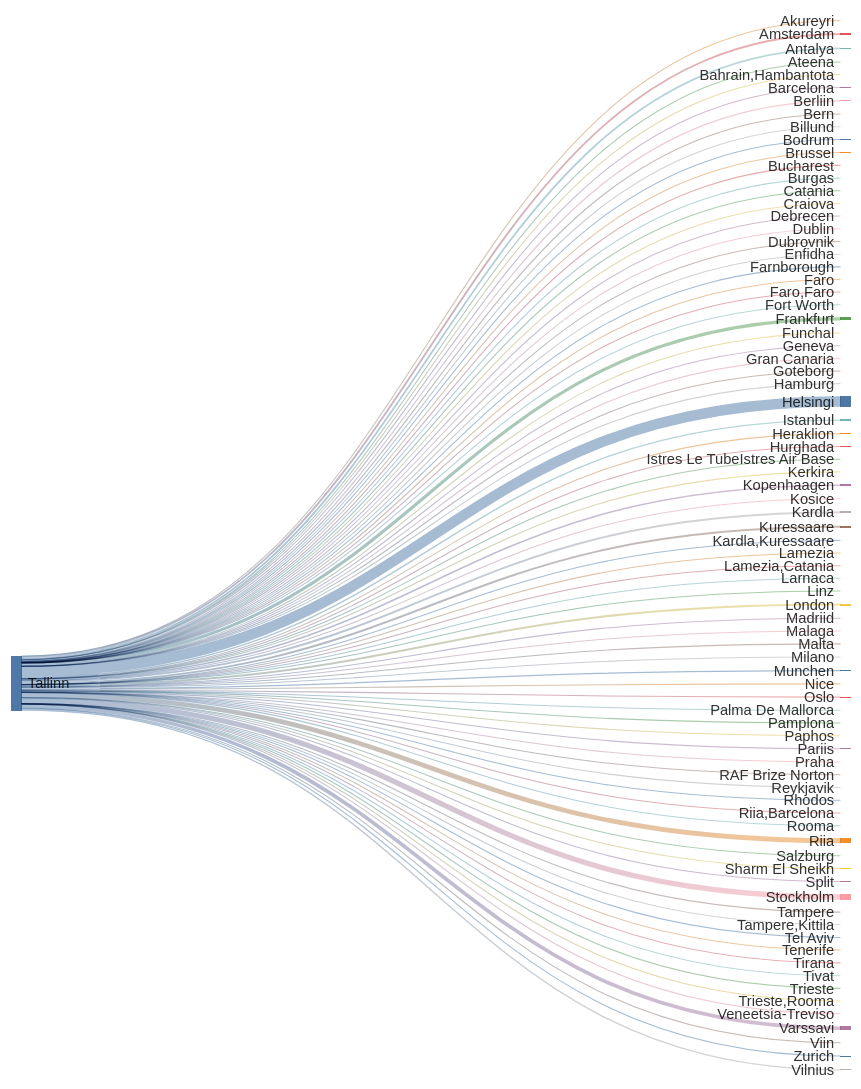
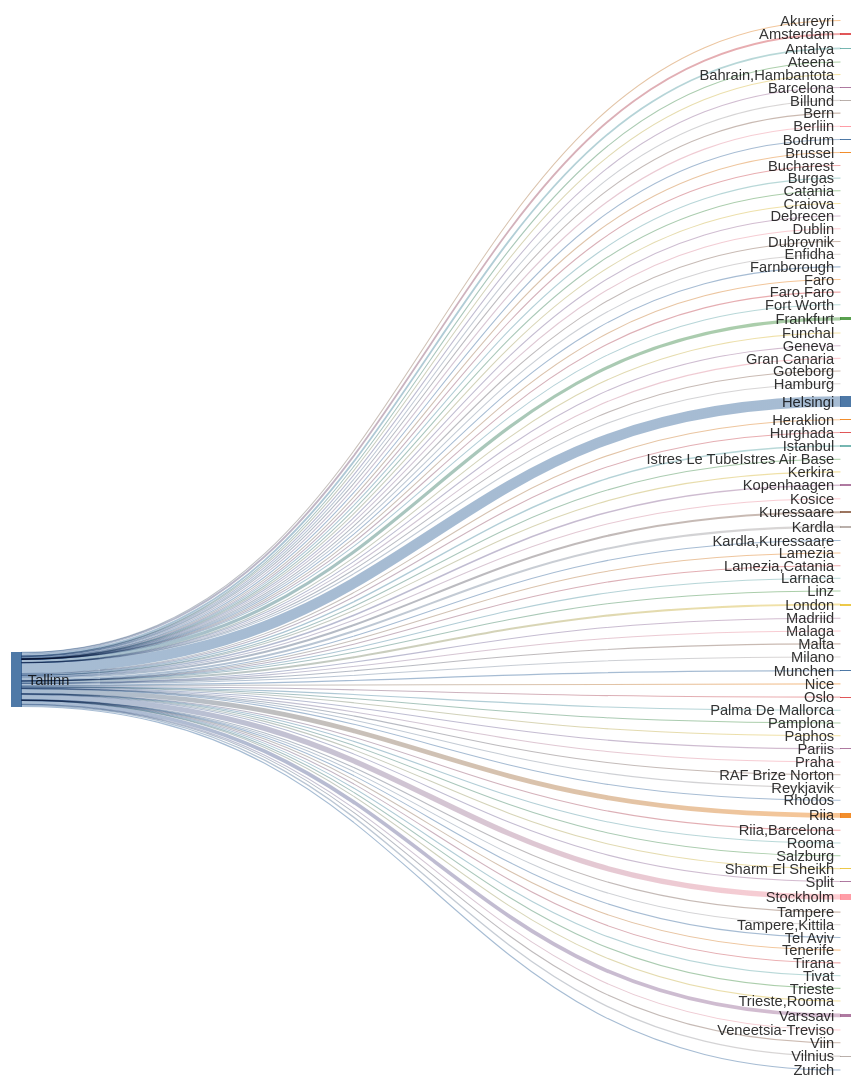
Before and after one commit to rainermesi/tll-airport-departures: the second of 2 diagrams in README.md, drawn with Mermaid. The commit also changed other lines of this file and 1 other file, not shown here.

````diff
--- a/README.md
+++ b/README.md
@@ -42,16 +42,16 @@
 sankey-beta
 %% source,target,value
 Tallinn,Akureyri,1
-Tallinn,Amsterdam,597
-Tallinn,Antalya,582
+Tallinn,Amsterdam,599
+Tallinn,Antalya,585
 Tallinn,Ateena,16
 Tallinn,"Bahrain,Hambantota",1
-Tallinn,Barcelona,167
+Tallinn,Barcelona,169
 Tallinn,Berliin,372
 Tallinn,Bern,1
 Tallinn,Billund,87
-Tallinn,Bodrum,15
-Tallinn,Brussel,229
+Tallinn,Bodrum,16
+Tallinn,Brussel,230
 Tallinn,Bucharest,1
 Tallinn,Burgas,67
 Tallinn,Catania,2
@@ -64,30 +64,30 @@
 Tallinn,Faro,4
 Tallinn,"Faro,Faro",1
 Tallinn,Fort Worth,1
-Tallinn,Frankfurt,1036
+Tallinn,Frankfurt,1039
 Tallinn,Funchal,10
 Tallinn,Geneva,13
 Tallinn,Gran Canaria,38
 Tallinn,Goteborg,2
 Tallinn,Hamburg,2
-Tallinn,Helsingi,3475
-Tallinn,Heraklion,141
+Tallinn,Helsingi,3484
+Tallinn,Heraklion,142
 Tallinn,Hurghada,79
-Tallinn,Istanbul,451
+Tallinn,Istanbul,452
 Tallinn,Istres Le TubeIstres Air Base,2
 Tallinn,Kerkira,4
-Tallinn,Kopenhaagen,513
+Tallinn,Kopenhaagen,515
 Tallinn,Kosice,1
-Tallinn,Kuressaare,658
-Tallinn,Kardla,660
+Tallinn,Kuressaare,660
+Tallinn,Kardla,662
 Tallinn,"Kardla,Kuressaare",1
 Tallinn,Lamezia,6
 Tallinn,"Lamezia,Catania",3
 Tallinn,Larnaca,9
 Tallinn,Linz,2
-Tallinn,London,671
+Tallinn,London,673
 Tallinn,Madriid,5
-Tallinn,Malaga,143
+Tallinn,Malaga,144
 Tallinn,Malta,37
 Tallinn,Milano,288
 Tallinn,Munchen,376
@@ -101,13 +101,13 @@
 Tallinn,RAF Brize Norton,1
 Tallinn,Reykjavik,20
 Tallinn,Rhodos,76
-Tallinn,Riia,1582
+Tallinn,Riia,1586
 Tallinn,"Riia,Barcelona",1
 Tallinn,Rooma,80
 Tallinn,Salzburg,14
-Tallinn,Sharm El Sheikh,124
+Tallinn,Sharm El Sheikh,125
 Tallinn,Split,69
-Tallinn,Stockholm,1744
+Tallinn,Stockholm,1750
 Tallinn,Tampere,17
 Tallinn,"Tampere,Kittila",21
 Tallinn,Tel Aviv,2
@@ -116,11 +116,11 @@
 Tallinn,Tivat,80
 Tallinn,Trieste,1
 Tallinn,"Trieste,Rooma",1
-Tallinn,Varssavi,1207
+Tallinn,Varssavi,1210
 Tallinn,Veneetsia-Treviso,67
 Tallinn,Viin,106
-Tallinn,Vilnius,442
-Tallinn,Zurich,313
+Tallinn,Vilnius,443
+Tallinn,Zurich,314
 
 
 ```
````
